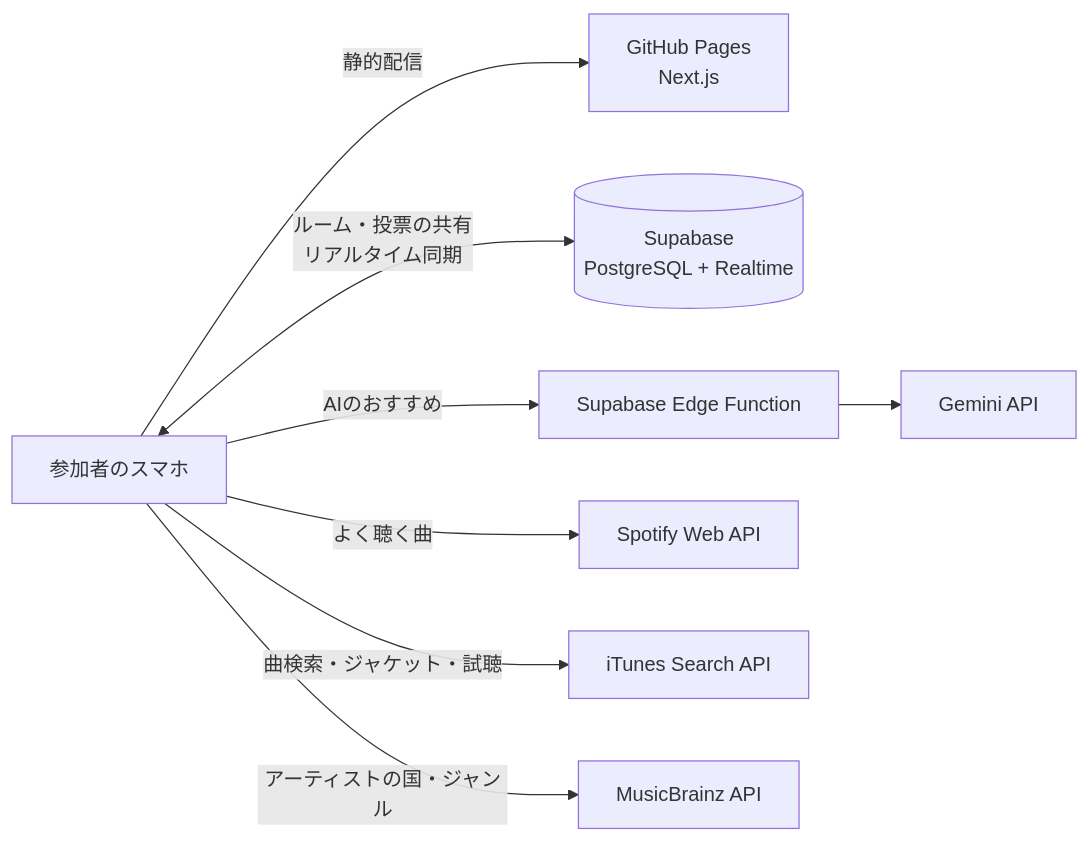
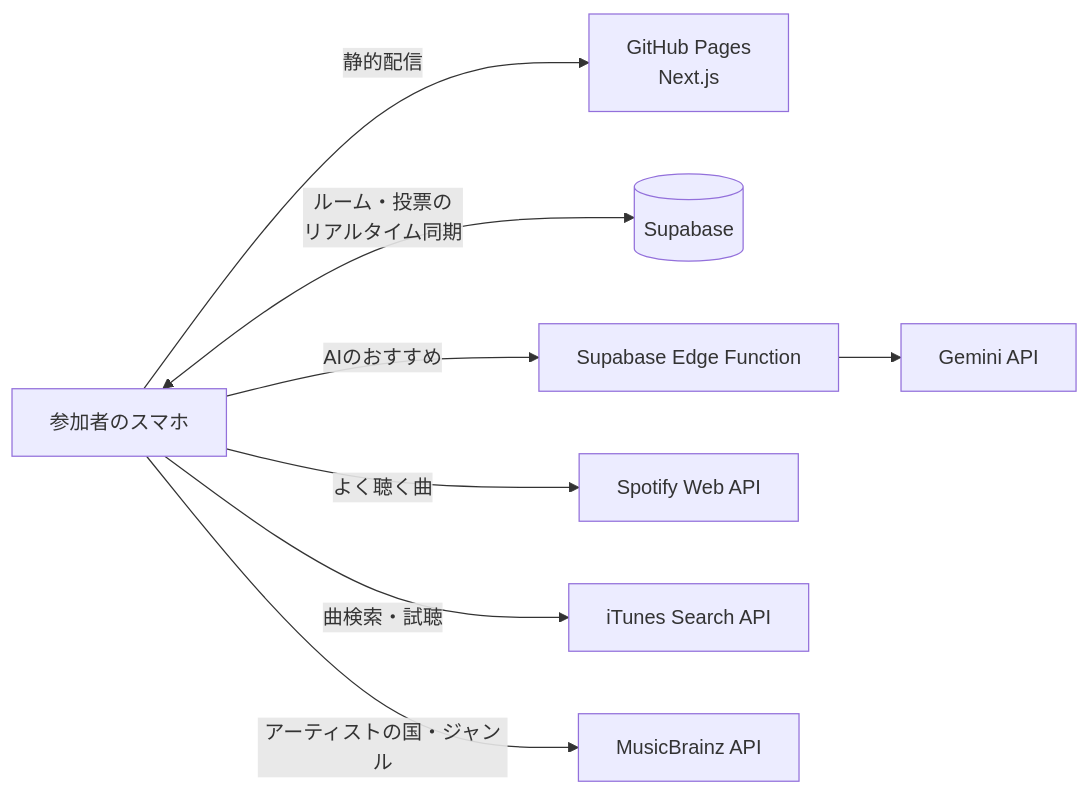
One commit to jphacks/tkb_2619 changed the diagram in README.md. Above: the diagram before and after it, drawn with Mermaid. The commit also changed other lines of this file, not shown here.

````diff
--- a/README.md
+++ b/README.md
@@ -121,9 +104,9 @@
 ```mermaid
 flowchart LR
   U[参加者のスマホ] -->|静的配信| P[GitHub Pages<br/>Next.js]
-  U <-->|ルーム・投票の共有<br/>リアルタイム同期| S[(Supabase<br/>PostgreSQL + Realtime)]
+  U <-->|ルーム・投票の<br/>リアルタイム同期| S[(Supabase)]
   U -->|AIのおすすめ| F[Supabase Edge Function] --> G[Gemini API]
   U -->|よく聴く曲| SP[Spotify Web API]
-  U -->|曲検索・ジャケット・試聴| IT[iTunes Search API]
+  U -->|曲検索・試聴| IT[iTunes Search API]
   U -->|アーティストの国・ジャンル| MB[MusicBrainz API]
 ```
````
